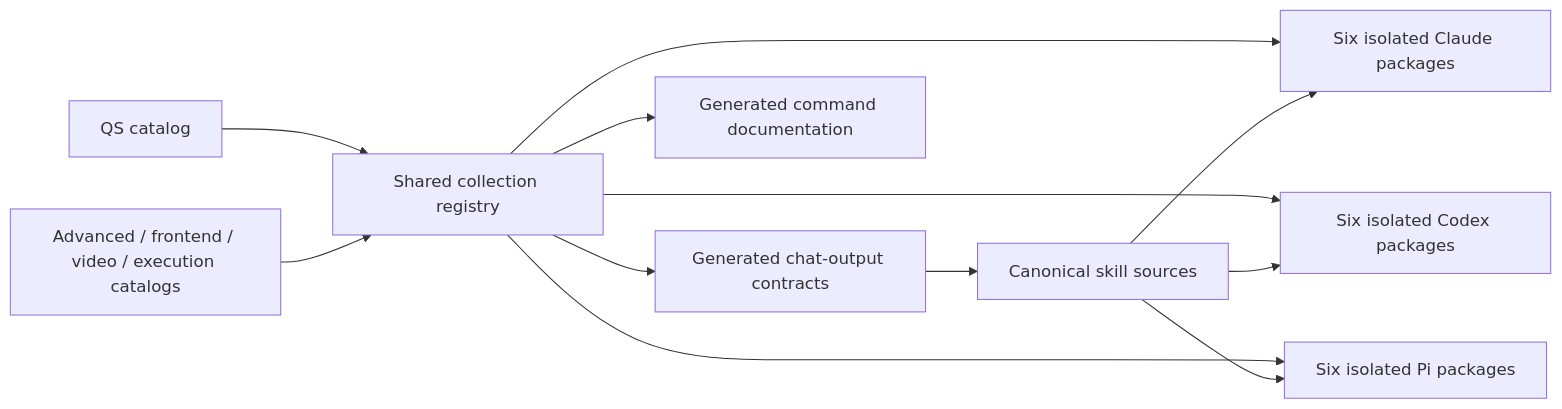
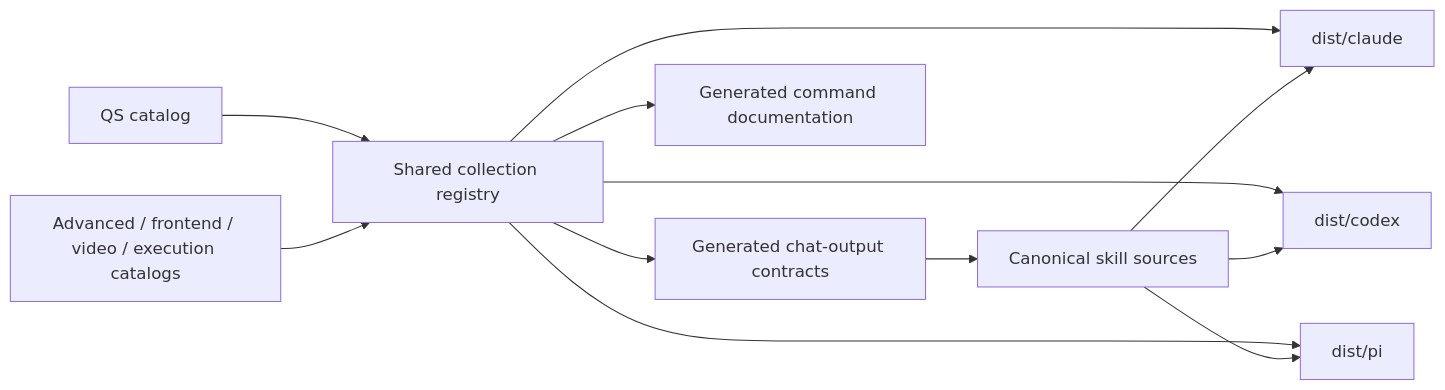
The diagram in docs/architecture.md (quickstark/skills), drawn with Mermaid before and after one commit. The commit also changed other lines of this file and 3424 other files, not shown here.

Commit message:
Switch active QuickStark packages to the dist layout

````diff
--- a/docs/architecture.md
+++ b/docs/architecture.md
@@ -7,14 +7,14 @@
 ```mermaid
 flowchart LR
     qs["QS catalog"] --> registry["Shared collection registry"]
     optional["Advanced / frontend / video / execution catalogs"] --> registry
     registry --> contracts["Generated chat-output contracts"]
     registry --> docs["Generated command documentation"]
-    registry --> claude["Six isolated Claude packages"]
-    registry --> codex["Six isolated Codex packages"]
-    registry --> pi["Six isolated Pi packages"]
+    registry --> claude["dist/claude"]
+    registry --> codex["dist/codex"]
+    registry --> pi["dist/pi"]
     contracts --> sources["Canonical skill sources"]
     sources --> claude
     sources --> codex
     sources --> pi
 ```
````
